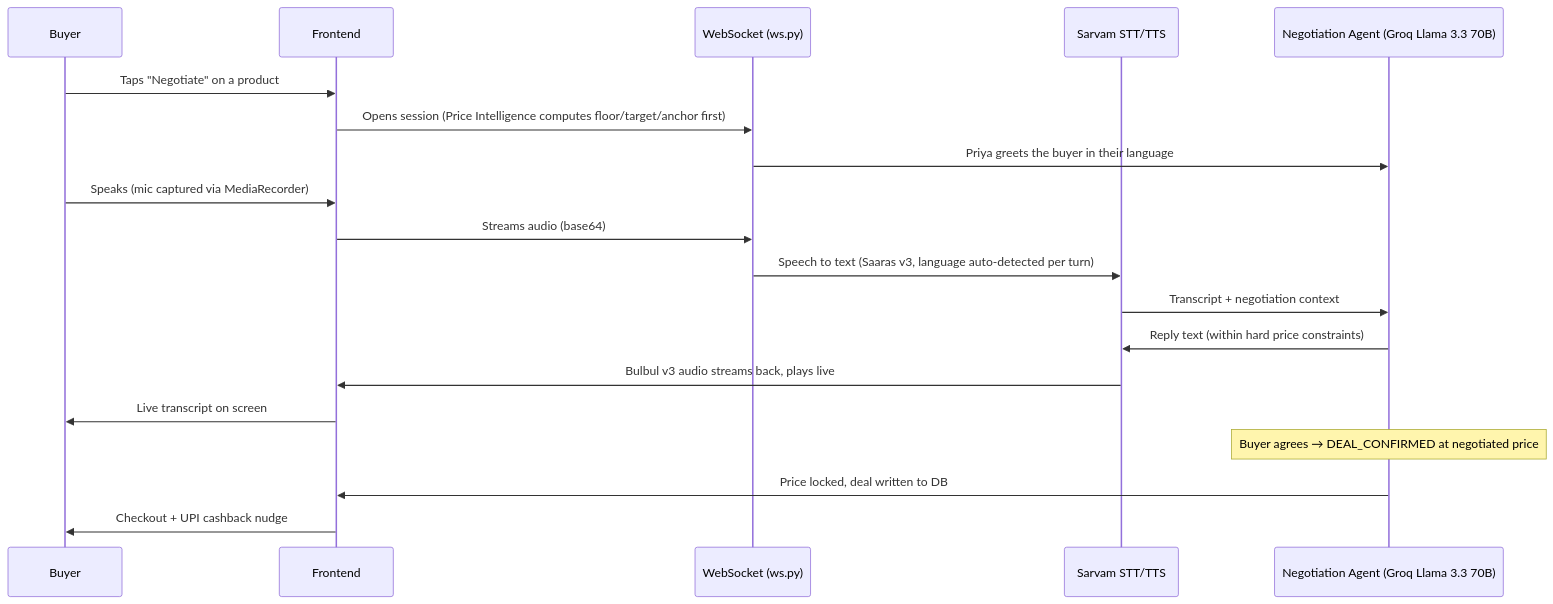
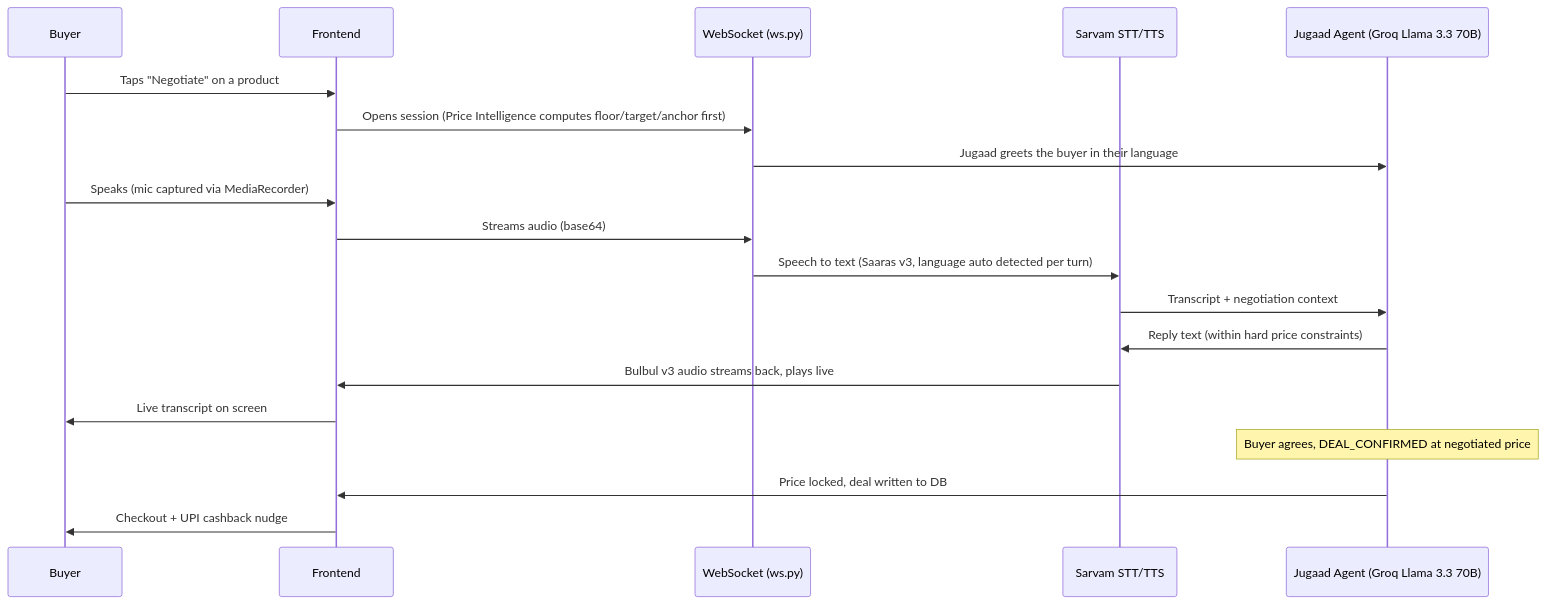
Before and after one commit to bhoomigundecha/Jugaad: the diagram in README.md, drawn with Mermaid. The commit also changed other lines of this file, not shown here.

````diff
--- a/README.md
+++ b/README.md
@@ -116,22 +122,22 @@
 ```mermaid
 sequenceDiagram
     participant B as Buyer
     participant F as Frontend
     participant W as WebSocket (ws.py)
     participant S as Sarvam STT/TTS
-    participant P as Negotiation Agent (Groq Llama 3.3 70B)
+    participant J as Jugaad Agent (Groq Llama 3.3 70B)
 
     B->>F: Taps "Negotiate" on a product
     F->>W: Opens session (Price Intelligence computes floor/target/anchor first)
-    W->>P: Priya greets the buyer in their language
+    W->>J: Jugaad greets the buyer in their language
     B->>F: Speaks (mic captured via MediaRecorder)
     F->>W: Streams audio (base64)
-    W->>S: Speech to text (Saaras v3, language auto-detected per turn)
-    S->>P: Transcript + negotiation context
-    P->>S: Reply text (within hard price constraints)
+    W->>S: Speech to text (Saaras v3, language auto detected per turn)
+    S->>J: Transcript + negotiation context
+    J->>S: Reply text (within hard price constraints)
     S->>F: Bulbul v3 audio streams back, plays live
     F->>B: Live transcript on screen
-    Note over P: Buyer agrees → DEAL_CONFIRMED at negotiated price
-    P->>F: Price locked, deal written to DB
+    Note over J: Buyer agrees, DEAL_CONFIRMED at negotiated price
+    J->>F: Price locked, deal written to DB
     F->>B: Checkout + UPI cashback nudge
 ```
````
